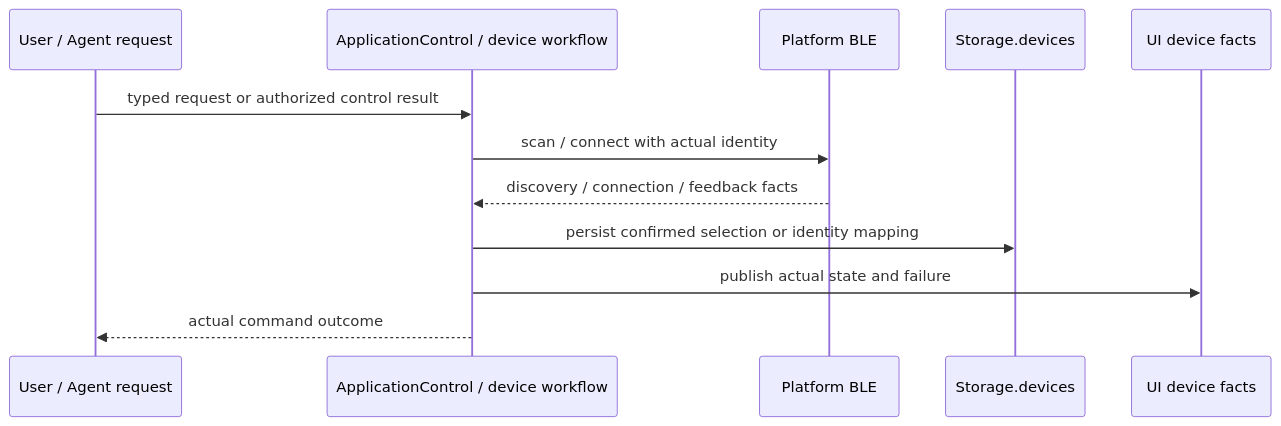
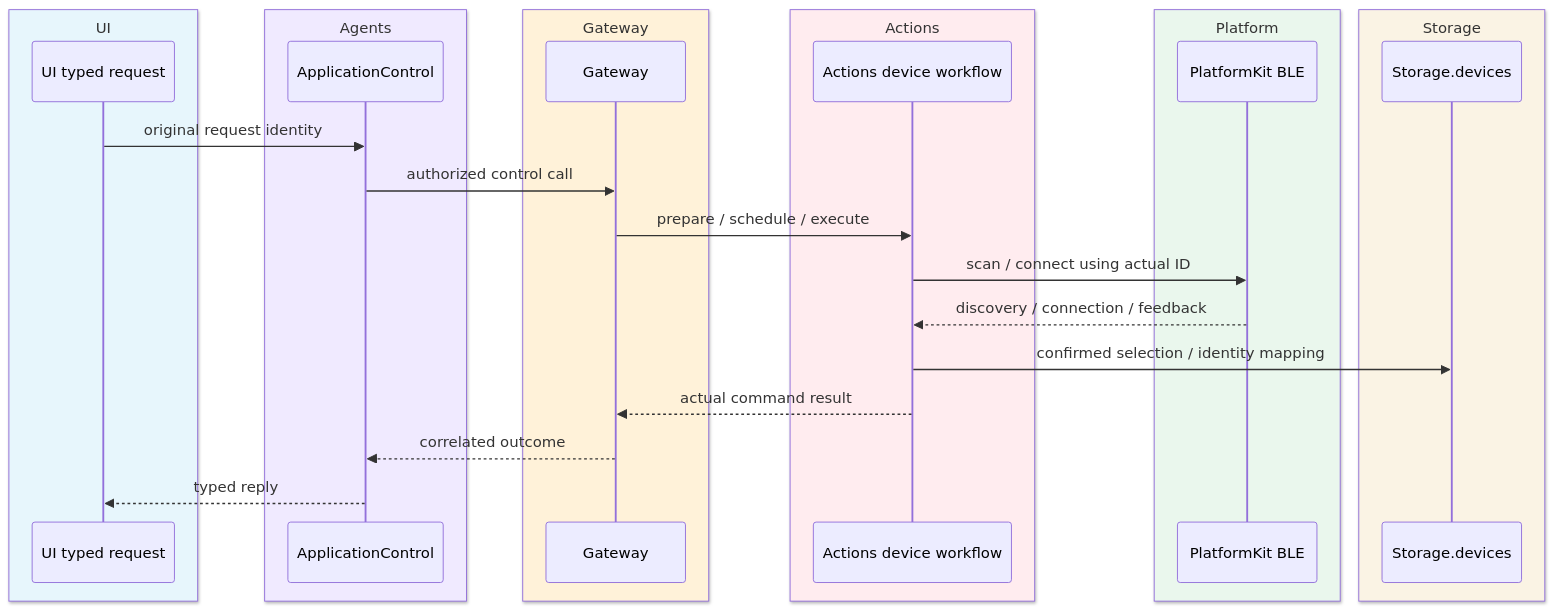
Before and after one commit to devilyouwei/MobileHarness: diagram 20 of 25 in MobileHarness/README.md, drawn with Mermaid. The commit also changed other lines of this file and 352 other files, not shown here.

````diff
--- a/MobileHarness/README.md
+++ b/MobileHarness/README.md
@@ -593,14 +1295,30 @@
 ```mermaid
 sequenceDiagram
-    participant Caller as User / Agent request
-    participant Owner as ApplicationControl / device workflow
-    participant SDK as Platform BLE
+    box rgb(231,246,252) UI
+    participant Caller as UI typed request
+    end
+    box rgb(240,234,255) Agents
+    participant Agent as ApplicationControl
+    end
+    box rgb(255,242,217) Gateway
+    participant Gate as Gateway
+    end
+    box rgb(255,236,239) Actions
+    participant Owner as Actions device workflow
+    end
+    box rgb(234,247,237) Platform
+    participant SDK as PlatformKit BLE
+    end
+    box rgb(250,243,228) Storage
     participant DB as Storage.devices
-    participant UI as UI device facts
-    Caller->>Owner: typed request or authorized control result
-    Owner->>SDK: scan / connect with actual identity
-    SDK-->>Owner: discovery / connection / feedback facts
-    Owner->>DB: persist confirmed selection or identity mapping
-    Owner->>UI: publish actual state and failure
-    Owner-->>Caller: actual command outcome
+    end
+    Caller->>Agent: original request identity
+    Agent->>Gate: authorized control call
+    Gate->>Owner: prepare / schedule / execute
+    Owner->>SDK: scan / connect using actual ID
+    SDK-->>Owner: discovery / connection / feedback
+    Owner->>DB: confirmed selection / identity mapping
+    Owner-->>Gate: actual command result
+    Gate-->>Agent: correlated outcome
+    Agent-->>Caller: typed reply
 ```
````
